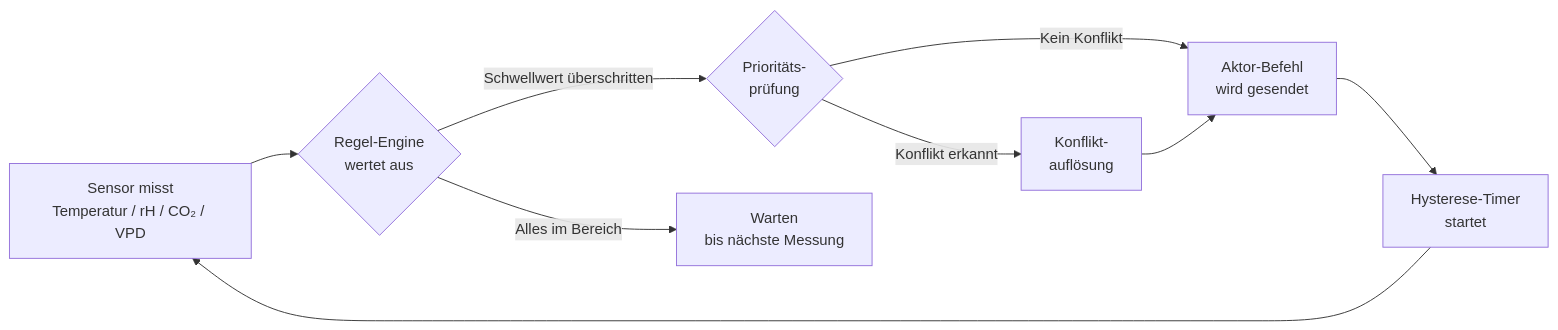
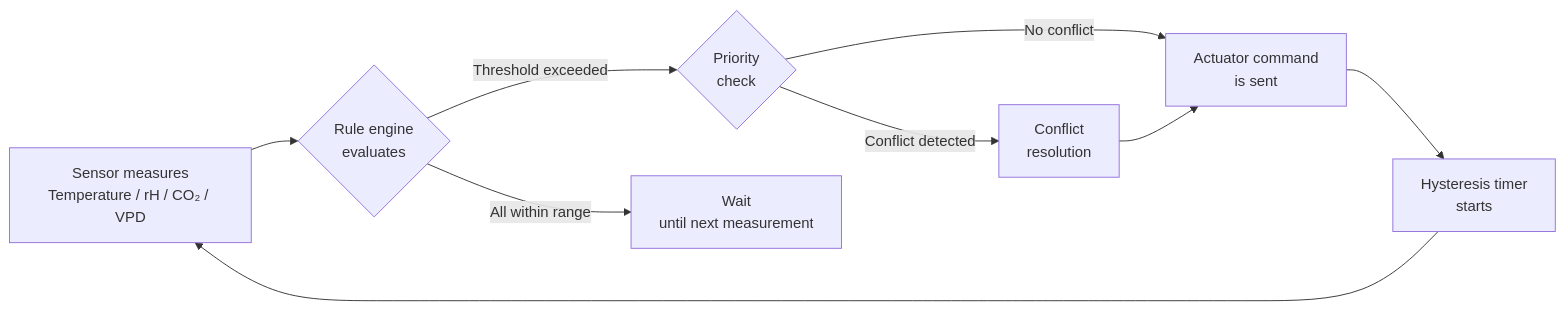
The first of 2 diagrams in docs/de/user-guide/actuator-control.md (nolte/kamerplanter), drawn with Mermaid before and after one commit. The commit also changed other lines of this file and 44 other files, not shown here.

First line of the commit message:
docs: make all Mermaid diagrams spec-compliant (repo-wide sweep)

````diff
--- a/docs/de/user-guide/actuator-control.md
+++ b/docs/de/user-guide/actuator-control.md
@@ -22,11 +23,11 @@
 ```mermaid
 flowchart LR
-    S[Sensor misst\nTemperatur / rH / CO₂ / VPD] --> E{Regel-Engine\nwertet aus}
-    E -->|Schwellwert überschritten| P{Prioritäts-\nprüfung}
-    E -->|Alles im Bereich| W[Warten\nbis nächste Messung]
-    P -->|Kein Konflikt| A[Aktor-Befehl\nwird gesendet]
-    P -->|Konflikt erkannt| K[Konflikt-\nauflösung]
+    S[Sensor measures<br/>Temperature / rH / CO₂ / VPD] --> E{Rule engine<br/>evaluates}
+    E -->|Threshold exceeded| P{Priority<br/>check}
+    E -->|All within range| W[Wait<br/>until next measurement]
+    P -->|No conflict| A[Actuator command<br/>is sent]
+    P -->|Conflict detected| K[Conflict<br/>resolution]
     K --> A
-    A --> H[Hysterese-Timer\nstartet]
+    A --> H[Hysteresis timer<br/>starts]
     H --> S
 ```
````
